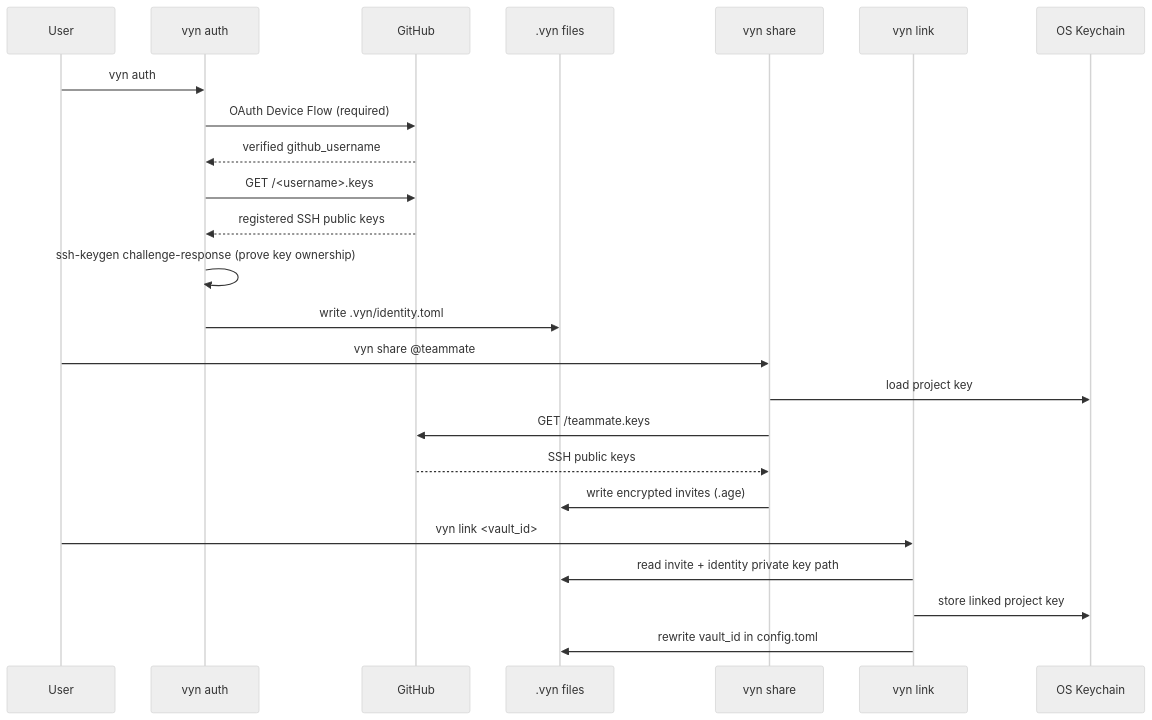
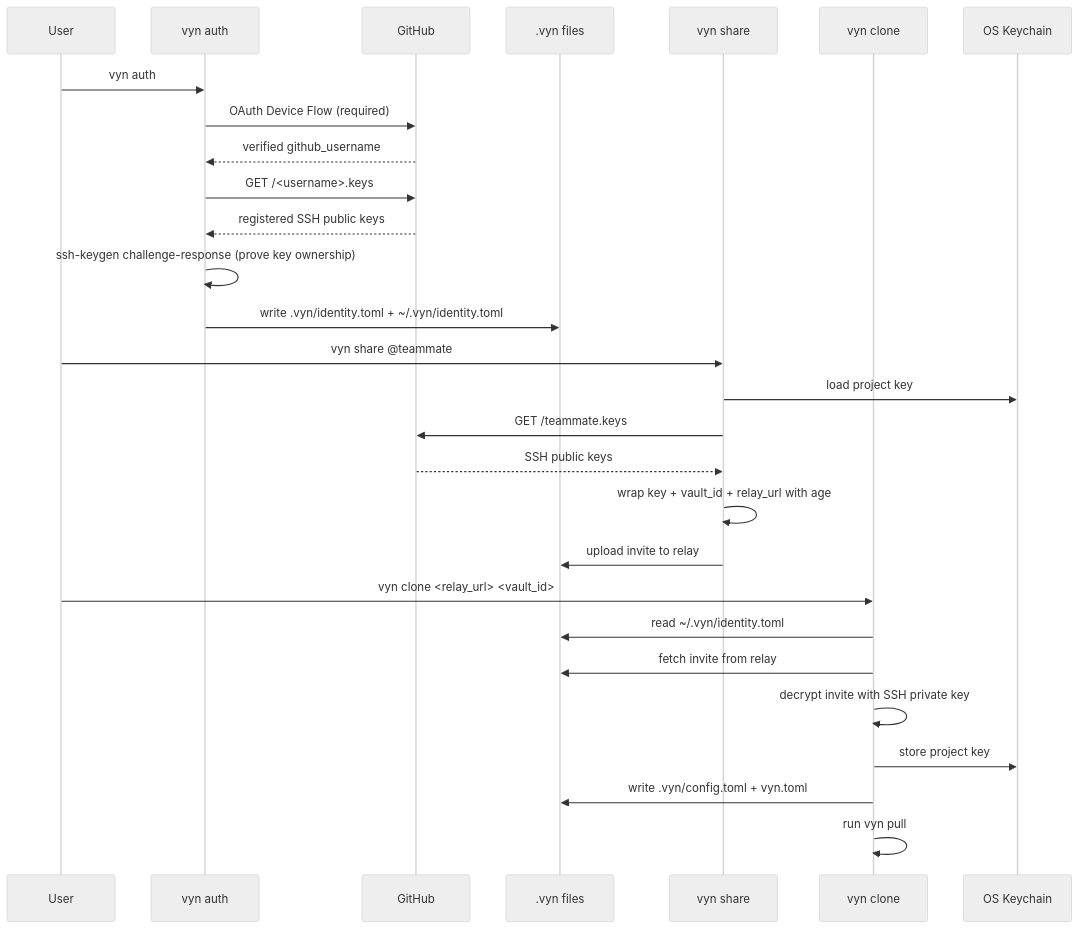
Before and after one commit to arnonsang/vyn: the first of 2 diagrams in README.md, drawn with Mermaid (neutral theme). The commit also changed other lines of this file and 44 other files, not shown here.

First line of the commit message:
feat: v0.1.3 - dx improvements, clone, relay inspection, vyn update

````diff
--- a/README.md
+++ b/README.md
@@ -423,29 +481,33 @@
 ```mermaid
 sequenceDiagram
   participant U as User
   participant C1 as vyn auth
   participant GH as GitHub
   participant FS as .vyn files
   participant C2 as vyn share
-  participant C3 as vyn link
+  participant C3 as vyn clone
   participant KC as OS Keychain
 
   U->>C1: vyn auth
   C1->>GH: OAuth Device Flow (required)
   GH-->>C1: verified github_username
   C1->>GH: GET /<username>.keys
   GH-->>C1: registered SSH public keys
   C1->>C1: ssh-keygen challenge-response (prove key ownership)
-  C1->>FS: write .vyn/identity.toml
+  C1->>FS: write .vyn/identity.toml + ~/.vyn/identity.toml
 
   U->>C2: vyn share @teammate
   C2->>KC: load project key
   C2->>GH: GET /teammate.keys
   GH-->>C2: SSH public keys
-  C2->>FS: write encrypted invites (.age)
+  C2->>C2: wrap key + vault_id + relay_url with age
+  C2->>FS: upload invite to relay
 
-  U->>C3: vyn link <vault_id>
-  C3->>FS: read invite + identity private key path
-  C3->>KC: store linked project key
-  C3->>FS: rewrite vault_id in config.toml
+  U->>C3: vyn clone <relay_url> <vault_id>
+  C3->>FS: read ~/.vyn/identity.toml
+  C3->>FS: fetch invite from relay
+  C3->>C3: decrypt invite with SSH private key
+  C3->>KC: store project key
+  C3->>FS: write .vyn/config.toml + vyn.toml
+  C3->>C3: run vyn pull
 ```
````
